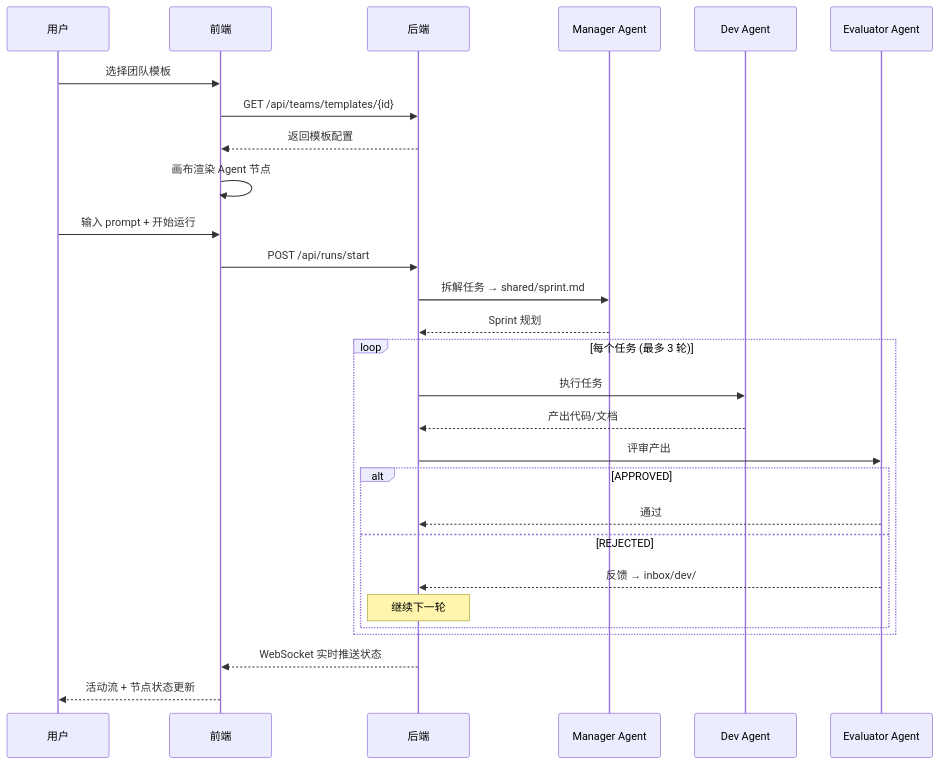
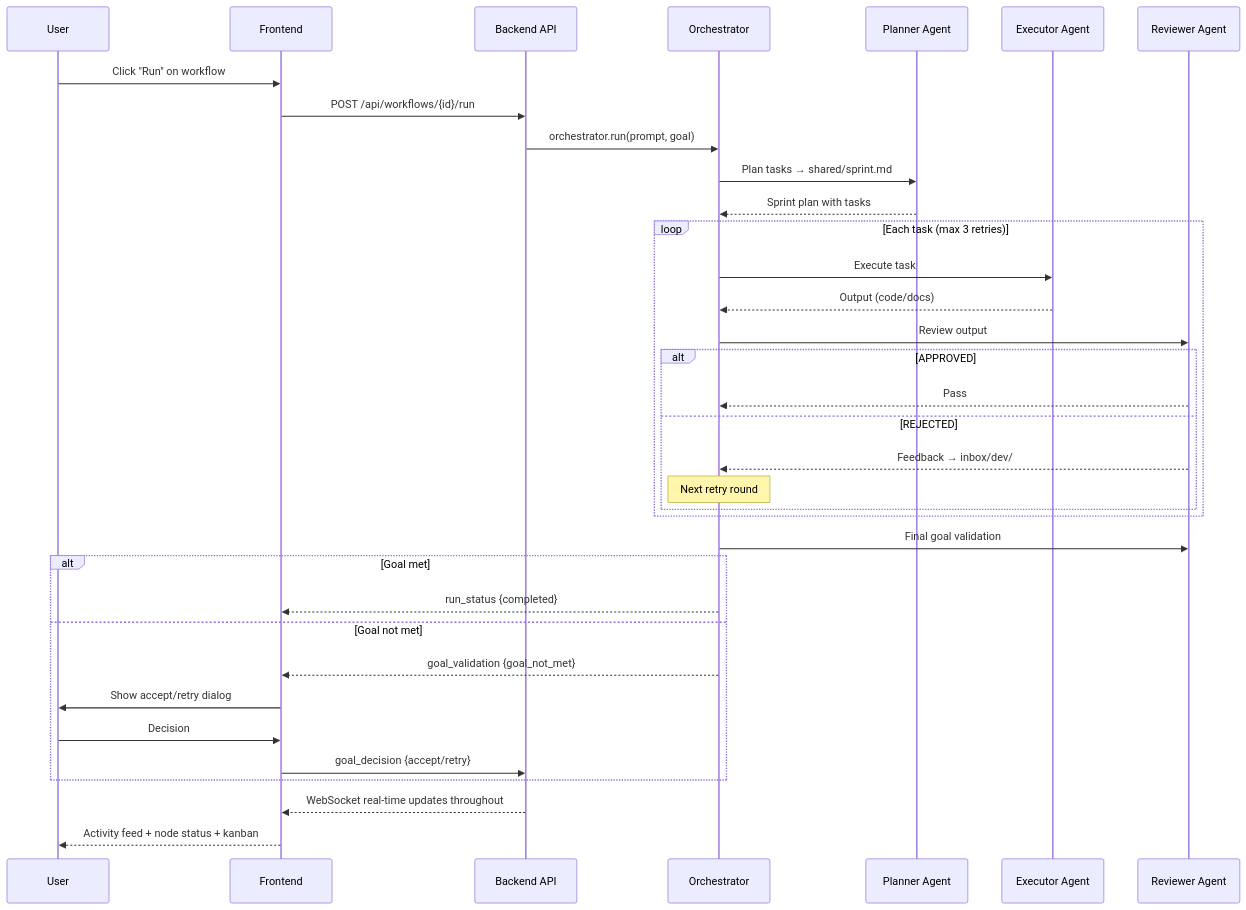
The second of 8 diagrams in docs/architecture.md (lchaoer/Polygents), drawn with Mermaid before and after one commit. The commit also changed other lines of this file and 2 other files, not shown here.

First line of the commit message:
docs: update api-reference, architecture, and design docs to match current codebase

````diff
--- a/docs/architecture.md
+++ b/docs/architecture.md
@@ -34,34 +69,41 @@
 ```mermaid
 sequenceDiagram
-    participant U as 用户
-    participant FE as 前端
-    participant BE as 后端
-    participant M as Manager Agent
-    participant D as Dev Agent
-    participant E as Evaluator Agent
+    participant U as User
+    participant FE as Frontend
+    participant BE as Backend API
+    participant O as Orchestrator
+    participant M as Planner Agent
+    participant D as Executor Agent
+    participant E as Reviewer Agent
 
-    U->>FE: 选择团队模板
-    FE->>BE: GET /api/teams/templates/{id}
-    BE-->>FE: 返回模板配置
-    FE->>FE: 画布渲染 Agent 节点
+    U->>FE: Click "Run" on workflow
+    FE->>BE: POST /api/workflows/{id}/run
+    BE->>O: orchestrator.run(prompt, goal)
+    O->>M: Plan tasks → shared/sprint.md
+    M-->>O: Sprint plan with tasks
 
-    U->>FE: 输入 prompt + 开始运行
-    FE->>BE: POST /api/runs/start
-    BE->>M: 拆解任务 → shared/sprint.md
-    M-->>BE: Sprint 规划
-
-    loop 每个任务 (最多 3 轮)
-        BE->>D: 执行任务
-        D-->>BE: 产出代码/文档
-        BE->>E: 评审产出
+    loop Each task (max 3 retries)
+        O->>D: Execute task
+        D-->>O: Output (code/docs)
+        O->>E: Review output
         alt APPROVED
-            E-->>BE: 通过
+            E-->>O: Pass
         else REJECTED
-            E-->>BE: 反馈 → inbox/dev/
-            Note over BE: 继续下一轮
+            E-->>O: Feedback → inbox/dev/
+            Note over O: Next retry round
         end
     end
 
-    BE-->>FE: WebSocket 实时推送状态
-    FE-->>U: 活动流 + 节点状态更新
+    O->>E: Final goal validation
+    alt Goal met
+        O-->>FE: run_status {completed}
+    else Goal not met
+        O-->>FE: goal_validation {goal_not_met}
+        FE->>U: Show accept/retry dialog
+        U->>FE: Decision
+        FE->>BE: goal_decision {accept/retry}
+    end
+
+    BE-->>FE: WebSocket real-time updates throughout
+    FE-->>U: Activity feed + node status + kanban
 ```
````
